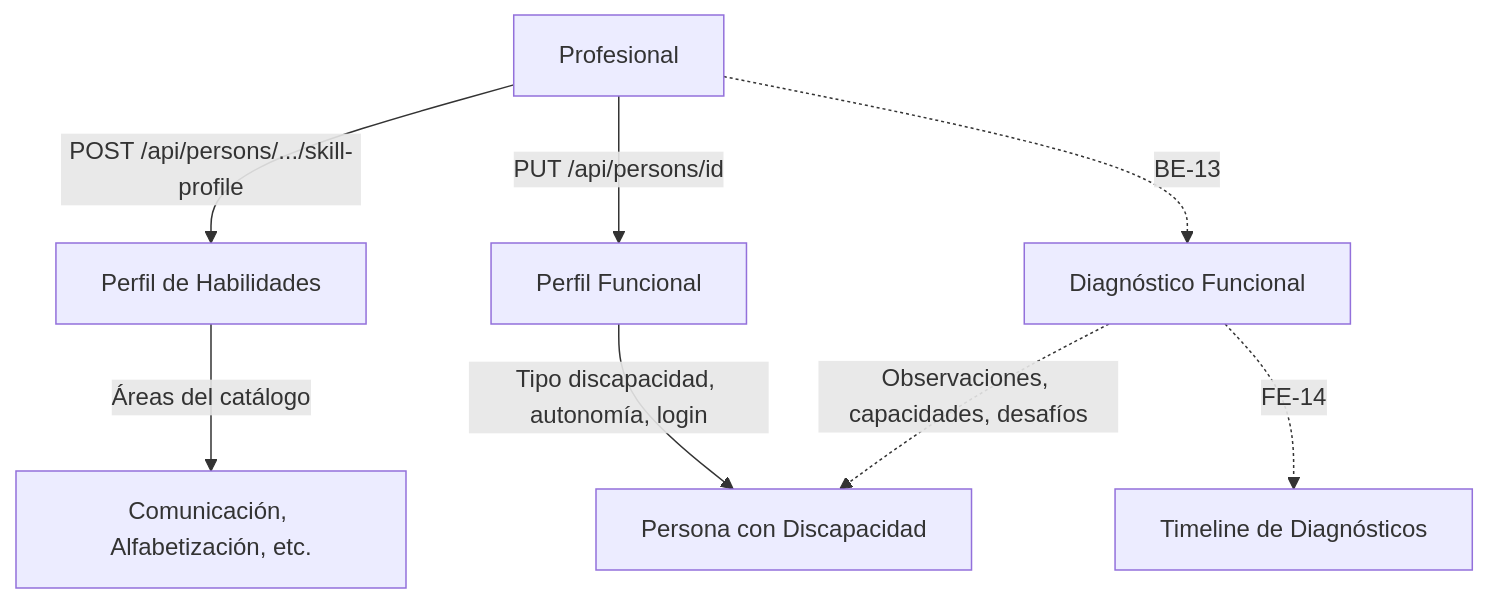
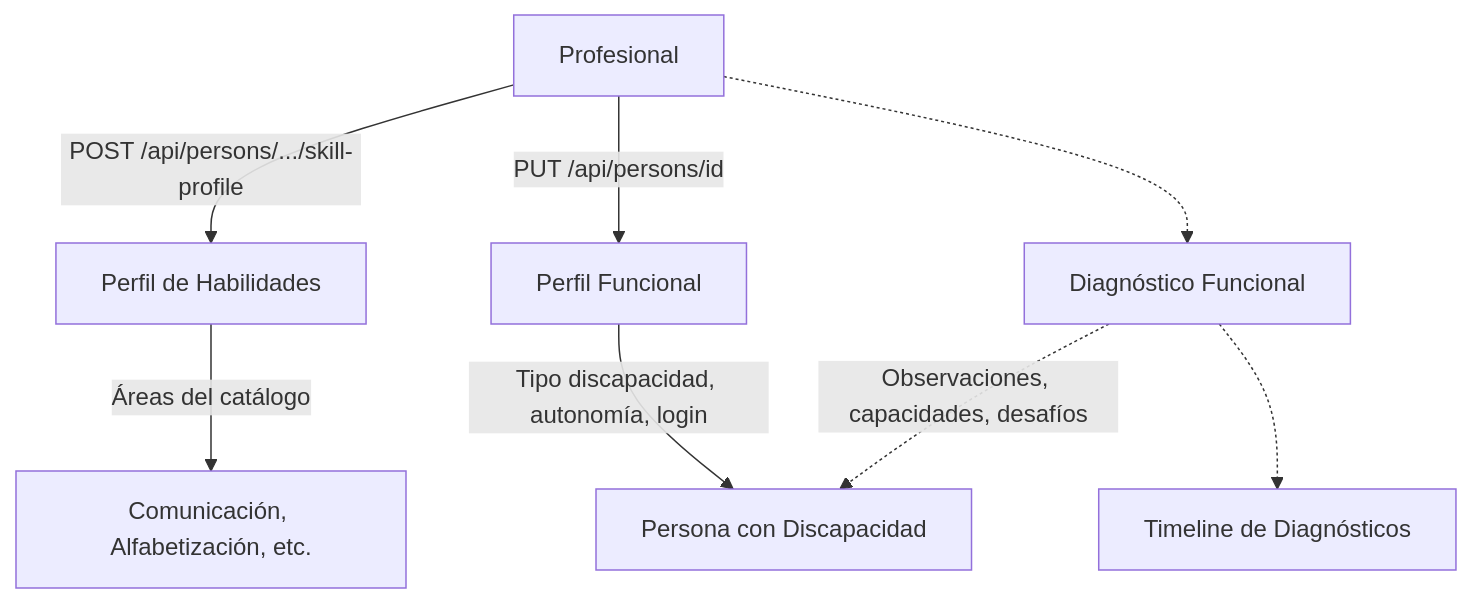
One commit to Sacha-html/InclusiON changed the diagram in Process/09-evaluacion-diagnostico.md. Above: the diagram before and after it, drawn with Mermaid. The commit also changed other lines of this file and 15 other files, not shown here.

````diff
--- a/Process/09-evaluacion-diagnostico.md
+++ b/Process/09-evaluacion-diagnostico.md
@@ -38,13 +38,13 @@
 ```mermaid
 flowchart TD
     PROF[Profesional] -->|POST /api/persons/.../skill-profile| SP[Perfil de Habilidades]
     SP -->|Áreas del catálogo| AREAS[Comunicación, Alfabetización, etc.]
 
     PROF -->|PUT /api/persons/id| PF[Perfil Funcional]
     PF -->|Tipo discapacidad, autonomía, login| PCD[Persona con Discapacidad]
 
-    PROF -.->|BE-13| DIAG[Diagnóstico Funcional]
+    PROF -.-> DIAG[Diagnóstico Funcional]
     DIAG -.->|Observaciones, capacidades, desafíos| PCD
-    DIAG -.->|FE-14| TIMELINE[Timeline de Diagnósticos]
+    DIAG -.-> TIMELINE[Timeline de Diagnósticos]
 
 ```
````
